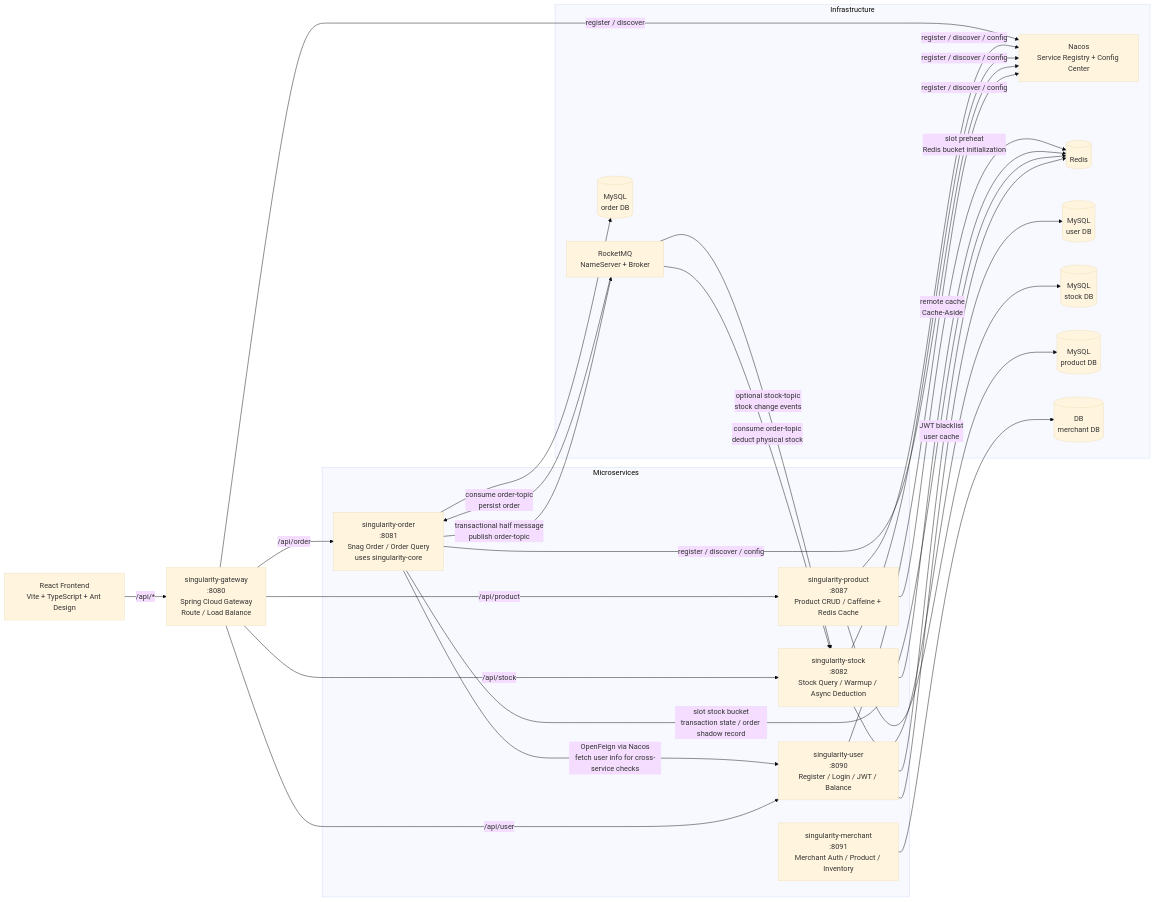
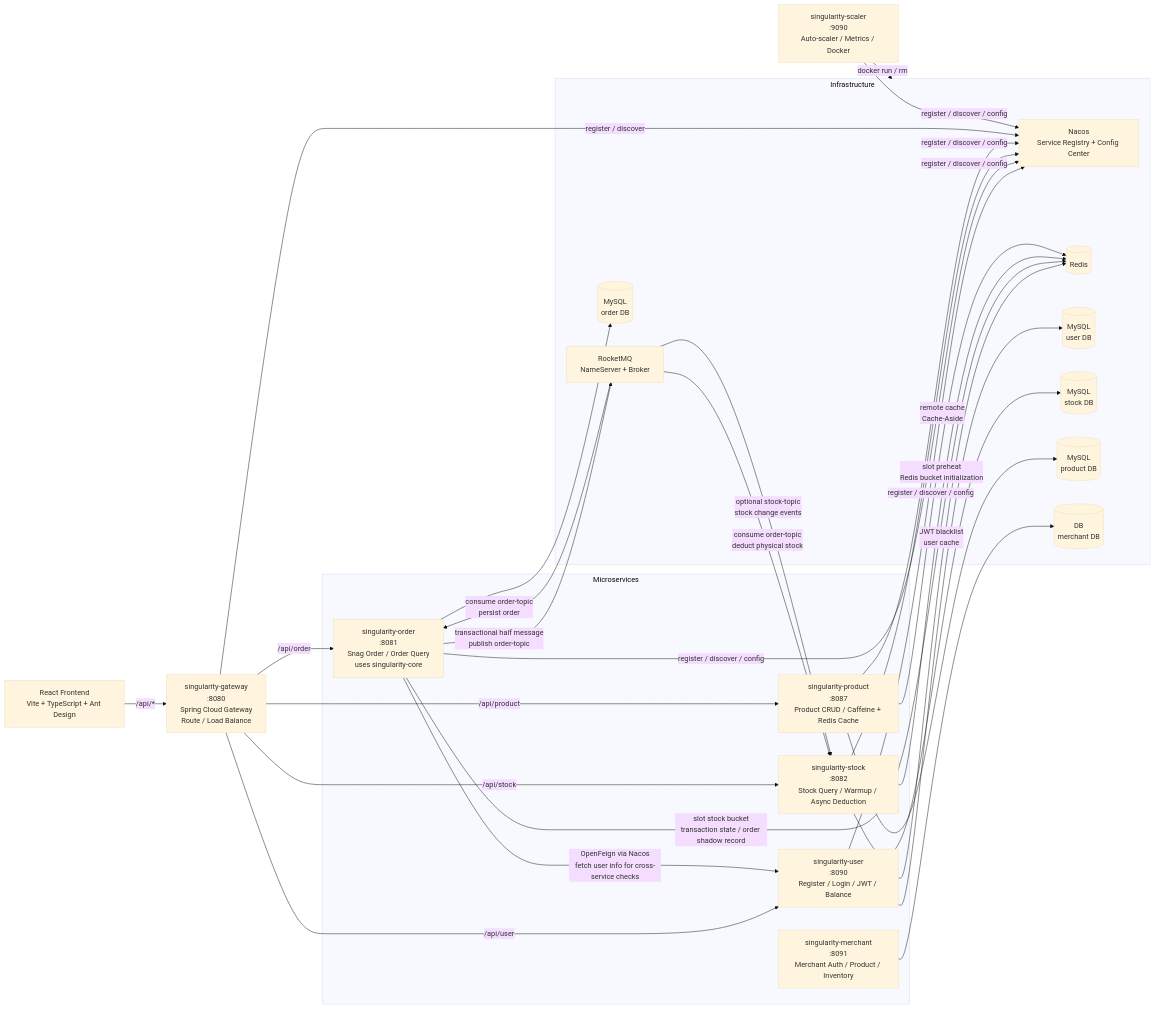
One commit to kalinplus/WHUSingularity changed the first of 2 diagrams in docs/ARCHITECTURE.md. Above: the diagram before and after it, drawn with Mermaid (base theme). The commit also changed other lines of this file and 40 other files, not shown here.

````diff
--- a/docs/ARCHITECTURE.md
+++ b/docs/ARCHITECTURE.md
@@ -10,55 +10,59 @@
 ```mermaid
 flowchart LR
     client[React Frontend\nVite + TypeScript + Ant Design]
 
     gateway[singularity-gateway\n:8080\nSpring Cloud Gateway\nRoute / Load Balance]
 
     subgraph services[Microservices]
         user[singularity-user\n:8090\nRegister / Login / JWT / Balance]
         order[singularity-order\n:8081\nSnag Order / Order Query\nuses singularity-core]
         stock[singularity-stock\n:8082\nStock Query / Warmup / Async Deduction]
         product[singularity-product\n:8087\nProduct CRUD / Caffeine + Redis Cache]
         merchant[singularity-merchant\n:8091\nMerchant Auth / Product / Inventory]
     end
 
     subgraph infra[Infrastructure]
         nacos[Nacos\nService Registry + Config Center]
         redis[(Redis)]
         rocketmq[RocketMQ\nNameServer + Broker]
         userdb[(MySQL\nuser DB)]
         orderdb[(MySQL\norder DB)]
         stockdb[(MySQL\nstock DB)]
         productdb[(MySQL\nproduct DB)]
         merchantdb[(DB\nmerchant DB)]
     end
 
+    scaler[singularity-scaler\n:9090\nAuto-scaler / Metrics / Docker]
+
     client -->|/api/*| gateway
     gateway -->|/api/user| user
     gateway -->|/api/order| order
     gateway -->|/api/stock| stock
     gateway -->|/api/product| product
 
     user -->|register / discover / config| nacos
     order -->|register / discover / config| nacos
     stock -->|register / discover / config| nacos
     product -->|register / discover / config| nacos
     gateway -->|register / discover| nacos
+    scaler -->|register / discover / config| nacos
+    scaler -->|docker run / rm| infra
 
     order -->|OpenFeign via Nacos\nfetch user info for cross-service checks| user
 
     user -->|JWT blacklist\nuser cache| redis
     order -->|slot stock bucket\ntransaction state / order shadow record| redis
     stock -->|slot preheat\nRedis bucket initialization| redis
     product -->|remote cache\nCache-Aside| redis
 
     order -->|transactional half message\npublish order-topic| rocketmq
     rocketmq -->|consume order-topic\npersist order| order
     rocketmq -->|consume order-topic\ndeduct physical stock| stock
     rocketmq -->|optional stock-topic\nstock change events| stock
 
     user --> userdb
     order --> orderdb
     stock --> stockdb
     product --> productdb
     merchant --> merchantdb
 ```
````
